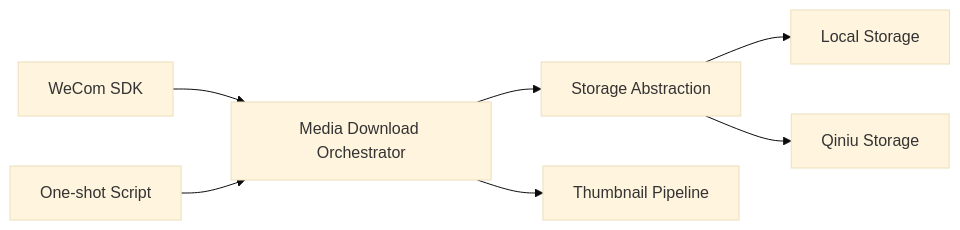
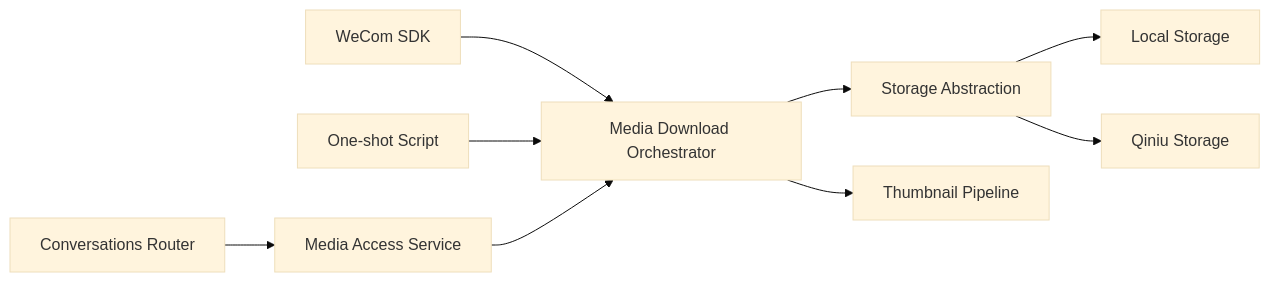
One commit to zuohaisu/wecom-archive changed the tenth of 10 diagrams in .qoder/repowiki/en/content/Architecture/Storage Abstraction Layer/Media Download Pipeline.md. Above: the diagram before and after it, drawn with Mermaid (base theme). The commit also changed other lines of this file and 84 other files, not shown here.

````diff
--- a/.qoder/repowiki/en/content/Architecture/Storage Abstraction Layer/Media Download Pipeline.md
+++ b/.qoder/repowiki/en/content/Architecture/Storage Abstraction Layer/Media Download Pipeline.md
@@ -329,9 +408,11 @@
 ```mermaid
 graph LR
 SDK["WeCom SDK"] --> Orchestrator["Media Download Orchestrator"]
 Orchestrator --> Storage["Storage Abstraction"]
 Storage --> Local["Local Storage"]
 Storage --> Qiniu["Qiniu Storage"]
 Orchestrator --> Thumb["Thumbnail Pipeline"]
 Script["One-shot Script"] --> Orchestrator
+MAS["Media Access Service"] --> Orchestrator
+CR["Conversations Router"] --> MAS
 ```
````
